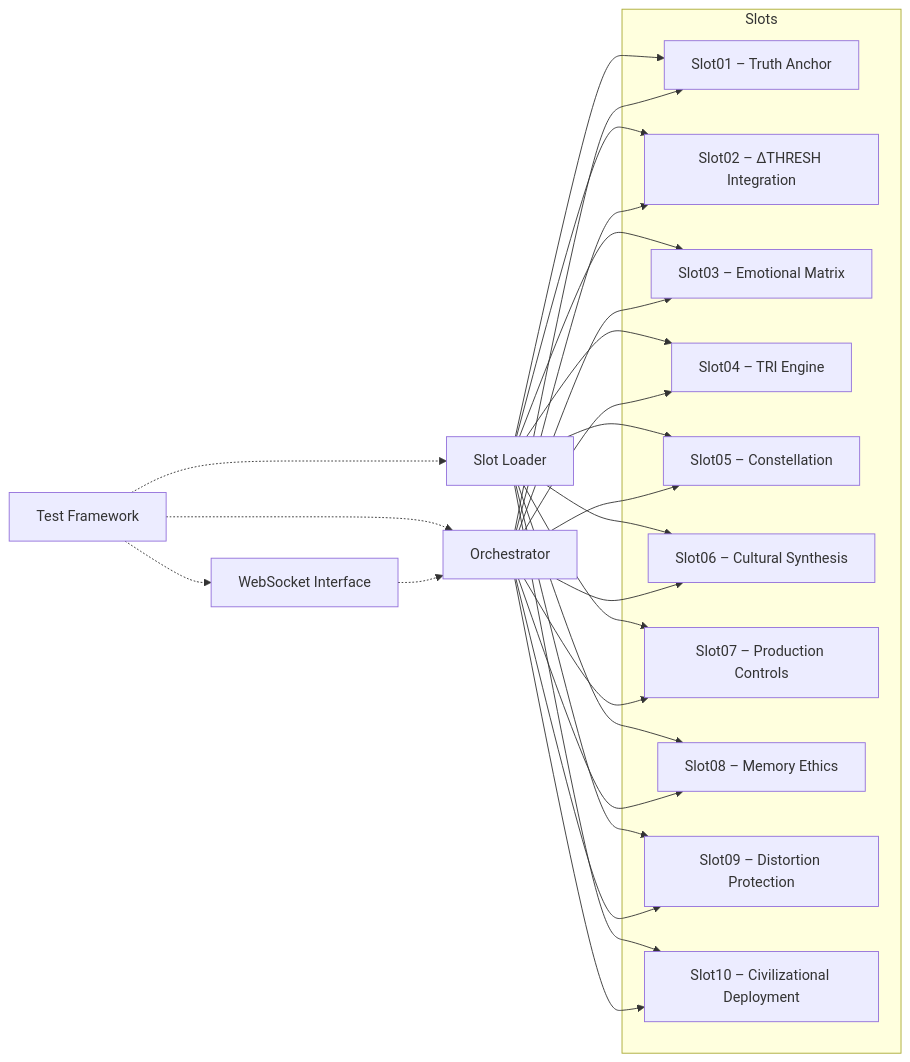
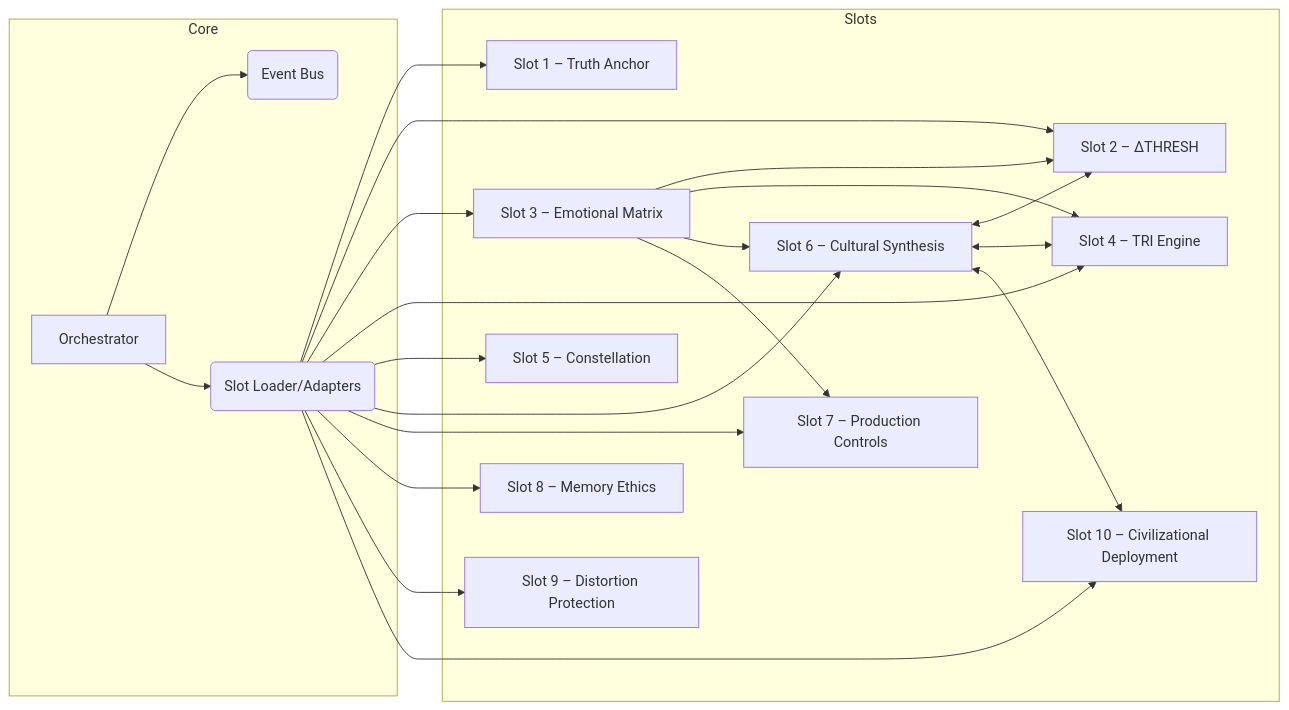
Before and after one commit to PavlosKolivatzis/nova-civilizational-architecture: the first of 2 diagrams in docs/ARCHITECTURE.md, drawn with Mermaid. The commit also changed other lines of this file and 7 other files, not shown here.

Commit message:
Add architecture and contract documentation

````diff
--- a/docs/ARCHITECTURE.md
+++ b/docs/ARCHITECTURE.md
@@ -5,47 +4,29 @@
 ```mermaid
 graph LR
-  TF[Test Framework]
-  WS[WebSocket Interface]
-  SL[Slot Loader]
-  O[Orchestrator]
+    subgraph Core
+        O[Orchestrator] --> B(Event Bus)
+        O --> L(Slot Loader/Adapters)
+    end
 
-  subgraph Slots
-    S1[Slot01 – Truth Anchor]
-    S2[Slot02 – ΔTHRESH Integration]
-    S3[Slot03 – Emotional Matrix]
-    S4[Slot04 – TRI Engine]
-    S5[Slot05 – Constellation]
-    S6[Slot06 – Cultural Synthesis]
-    S7[Slot07 – Production Controls]
-    S8[Slot08 – Memory Ethics]
-    S9[Slot09 – Distortion Protection]
-    S10[Slot10 – Civilizational Deployment]
-  end
+    subgraph Slots
+        S1[Slot 1 – Truth Anchor]
+        S2[Slot 2 – ΔTHRESH]
+        S3[Slot 3 – Emotional Matrix]
+        S4[Slot 4 – TRI Engine]
+        S5[Slot 5 – Constellation]
+        S6[Slot 6 – Cultural Synthesis]
+        S7[Slot 7 – Production Controls]
+        S8[Slot 8 – Memory Ethics]
+        S9[Slot 9 – Distortion Protection]
+        S10[Slot 10 – Civilizational Deployment]
+    end
 
-  SL --> S1
-  SL --> S2
-  SL --> S3
-  SL --> S4
-  SL --> S5
-  SL --> S6
-  SL --> S7
-  SL --> S8
-  SL --> S9
-  SL --> S10
-
-  O --> S1
-  O --> S2
-  O --> S3
-  O --> S4
-  O --> S5
-  O --> S6
-  O --> S7
-  O --> S8
-  O --> S9
-  O --> S10
-
-  TF -.-> SL
-  TF -.-> O
-  TF -.-> WS
-  WS -.-> O
+    L --> S1 & S2 & S3 & S4 & S5 & S6 & S7 & S8 & S9 & S10
+    S6 <--> S2
+    S6 <--> S4
+    S6 <--> S10
+    S3 --> S2
+    S3 --> S4
+    S3 --> S6
+    S3 --> S7
 ```
````
